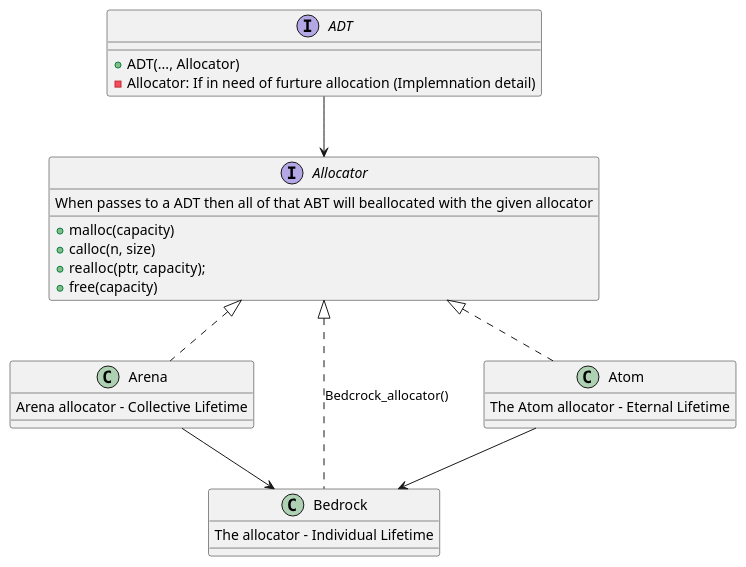
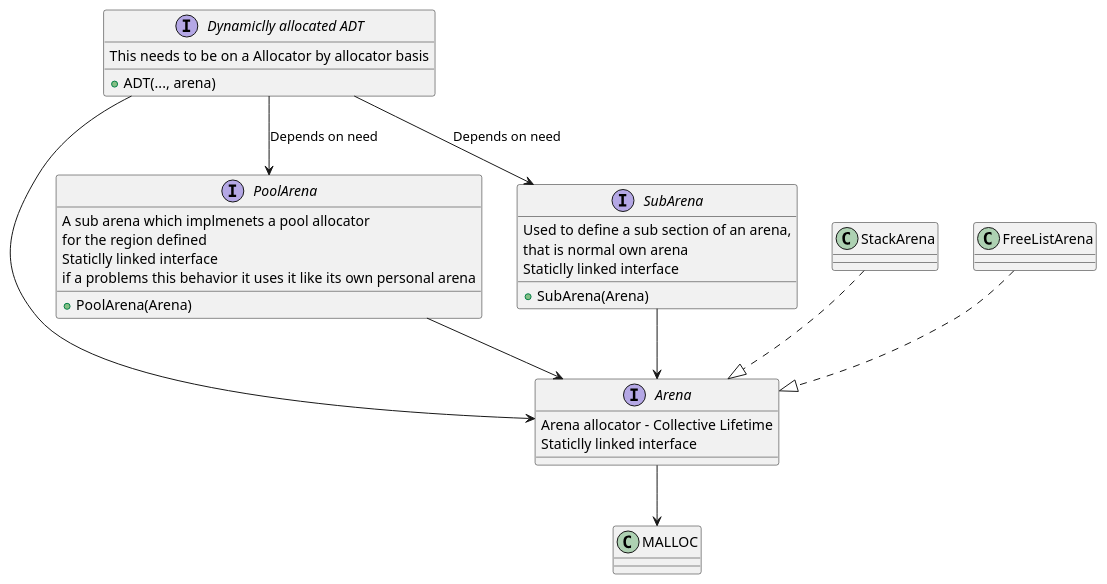
Before and after one commit to daplhall/GraphicsProject: the diagram in docs/alloc/allocator.puml, drawn with PlantUML. The commit also changed 21 other files, not shown here.

```diff
--- a/docs/alloc/allocator.puml
+++ b/docs/alloc/allocator.puml
@@ -1,34 +1,41 @@
 @startuml Allocator
     top to bottom direction
 
-    interface Allocator{
-        When passes to a ADT then all of that ABT will beallocated with the given allocator
-        + malloc(capacity)        
-        + calloc(n, size)
-        + realloc(ptr, capacity);  
-        + free(capacity)        
-    }
-    interface ADT{
-        + ADT(..., Allocator)
-        - Allocator: If in need of furture allocation (Implemnation detail)
+    interface "Dynamiclly allocated ADT" as ADT{
+        This needs to be on a Allocator by allocator basis
+        + ADT(..., arena)
     }
     
-    class Arena{
+    Interface Arena{
         Arena allocator - Collective Lifetime
+        Staticlly linked interface
     }
-    class Bedrock{
-        The allocator - Individual Lifetime
-    }
-    class Atom {
-        The Atom allocator - Eternal Lifetime
+    
+    Interface PoolArena{
+        A sub arena which implmenets a pool allocator
+        for the region defined
+        Staticlly linked interface
+        if a problems this behavior it uses it like its own personal arena
+        + PoolArena(Arena)
     }
 
-    
-    ADT --> Allocator
-    Arena .up.|> Allocator
-    Bedrock .up.|> Allocator : Bedcrock_allocator()
-    Atom .up.|> Allocator
-    Arena --> Bedrock
-    Atom --> Bedrock
-    
+    Interface SubArena{
+        Used to define a sub section of an arena, 
+        that is normal own arena
+        Staticlly linked interface
+        + SubArena(Arena)
+    }
+    class StackArena {
+    }
+    class FreeListArena{
+        
+    }
+    ADT --> Arena
+    ADT --> PoolArena : Depends on need
+    ADT --> SubArena : Depends on need
+    PoolArena --> Arena
+    SubArena --> Arena
+    StackArena ..|> Arena
+    FreeListArena ..|> Arena
+    Arena --> MALLOC
 @enduml
```
